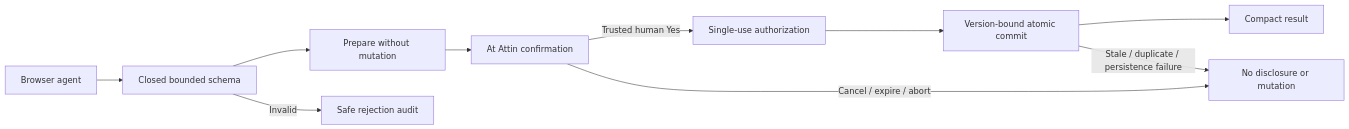
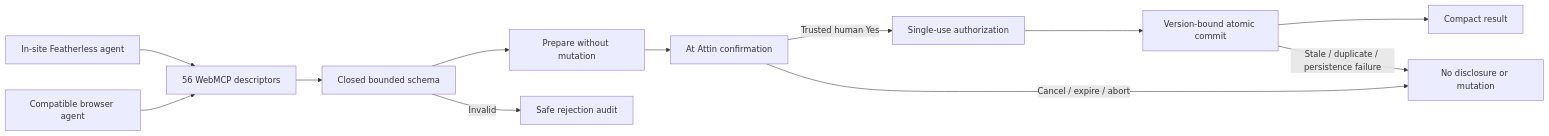
Before and after one commit to ScientificAJ/at-attin-webmcp: the diagram in docs/security-boundary.md, drawn with Mermaid. The commit also changed other lines of this file and 23 other files, not shown here.

Commit message:
feat: add Featherless-powered WebMCP agent

````diff
--- a/docs/security-boundary.md
+++ b/docs/security-boundary.md
@@ -11,12 +11,14 @@
 ```mermaid
 flowchart LR
-  A["Browser agent"] --> B["Closed bounded schema"]
-  B --> C["Prepare without mutation"]
-  C --> D["At Attin confirmation"]
-  D -->|"Trusted human Yes"| E["Single-use authorization"]
-  E --> F["Version-bound atomic commit"]
-  F --> G["Compact result"]
-  B -->|"Invalid"| H["Safe rejection audit"]
-  D -->|"Cancel / expire / abort"| I["No disclosure or mutation"]
-  F -->|"Stale / duplicate / persistence failure"| I
+  A["In-site Featherless agent"] --> B["56 WebMCP descriptors"]
+  J["Compatible browser agent"] --> B
+  B --> C["Closed bounded schema"]
+  C --> D["Prepare without mutation"]
+  D --> E["At Attin confirmation"]
+  E -->|"Trusted human Yes"| F["Single-use authorization"]
+  F --> G["Version-bound atomic commit"]
+  G --> H["Compact result"]
+  C -->|"Invalid"| I["Safe rejection audit"]
+  E -->|"Cancel / expire / abort"| K["No disclosure or mutation"]
+  G -->|"Stale / duplicate / persistence failure"| K
 ```
````
